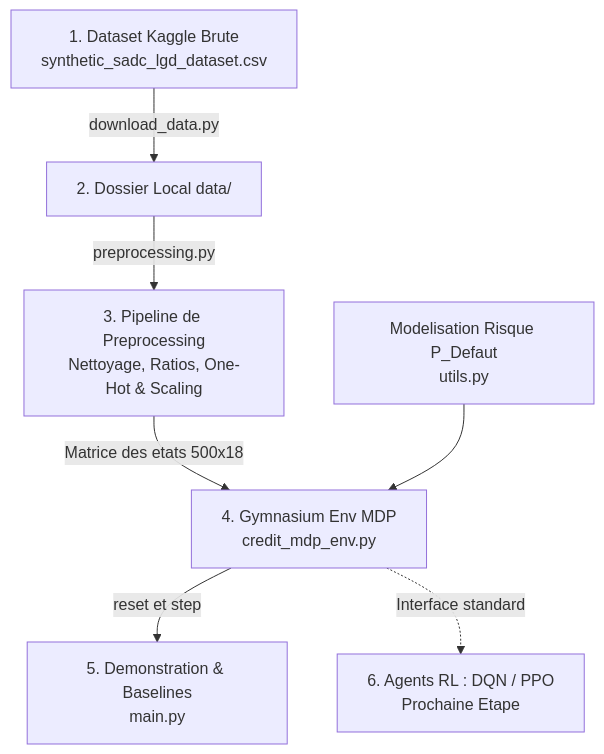
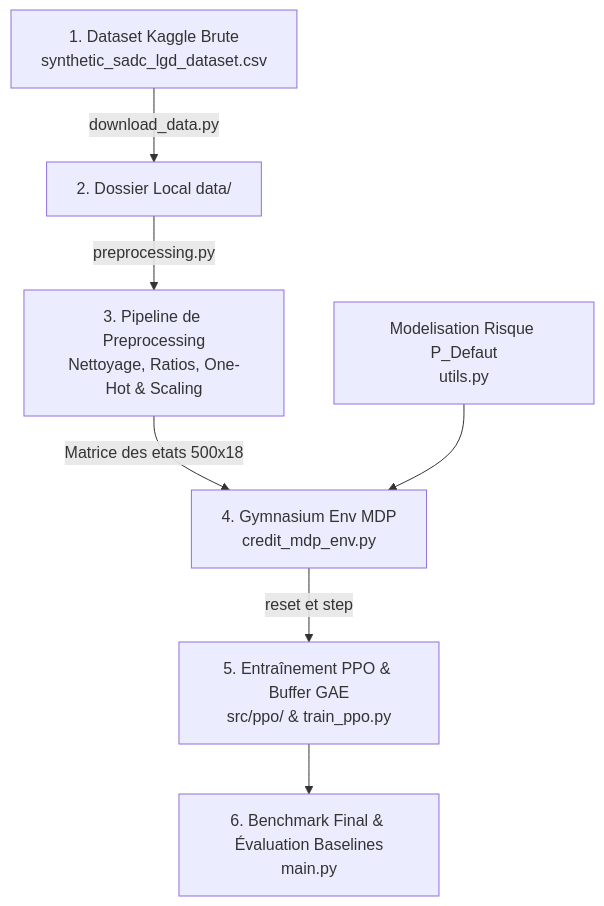
The second of 2 diagrams in EXPLICATION_WORKFLOW_MDP.md (ariistidesaker/credit-approval-reinforcement-learning), drawn with Mermaid before and after one commit. The commit also changed other lines of this file and 1 other file, not shown here.

Commit message:
docs: update EXPLICATION_WORKFLOW_MDP.md and README.md with comprehensive PPO architecture and benchmark analysis

````diff
--- a/EXPLICATION_WORKFLOW_MDP.md
+++ b/EXPLICATION_WORKFLOW_MDP.md
@@ -114,9 +117,9 @@
 ```mermaid
 flowchart TD
     A["1. Dataset Kaggle Brute<br/>synthetic_sadc_lgd_dataset.csv"] -->|"download_data.py"| B["2. Dossier Local data/"]
     B -->|"preprocessing.py"| C["3. Pipeline de Preprocessing<br/>Nettoyage, Ratios, One-Hot & Scaling"]
     C -->|"Matrice des etats 500x18"| D["4. Gymnasium Env MDP<br/>credit_mdp_env.py"]
     E["Modelisation Risque P_Defaut<br/>utils.py"] --> D
-    D -->|"reset et step"| F["5. Demonstration & Baselines<br/>main.py"]
-    D -.->|"Interface standard"| G["6. Agents RL : DQN / PPO<br/>Prochaine Etape"]
+    D -->|"reset et step"| F["5. Entraînement PPO & Buffer GAE<br/>src/ppo/ & train_ppo.py"]
+    F --> G["6. Benchmark Final & Évaluation Baselines<br/>main.py"]
 ```
````
